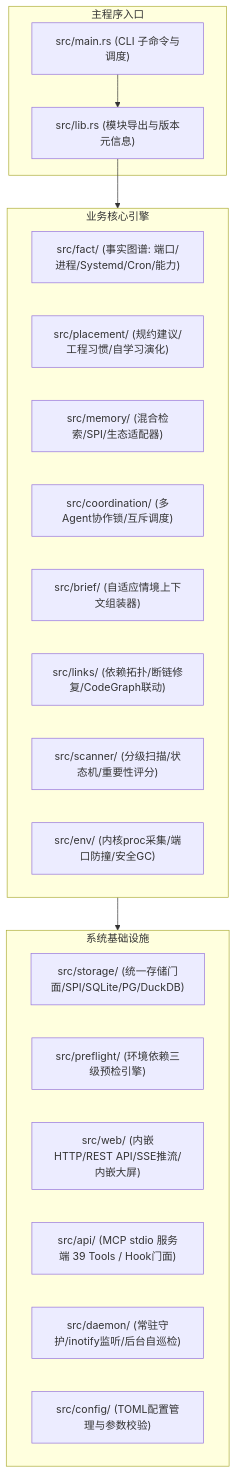
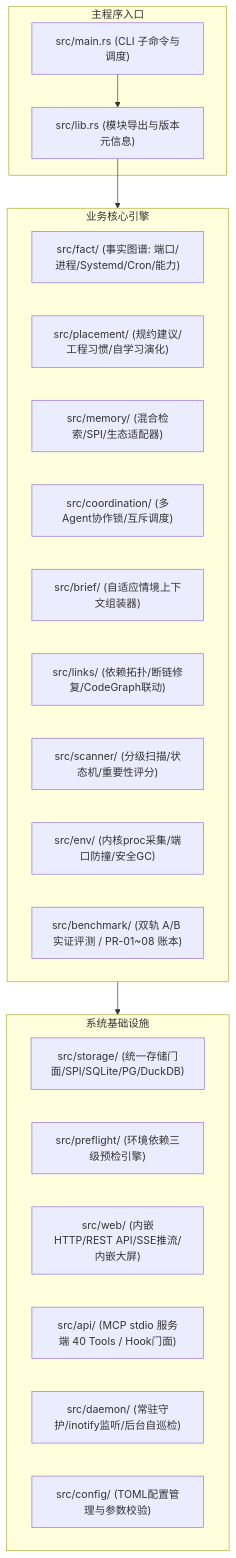
One commit to digoal/agent-body changed the first of 2 diagrams in arch/02-for-developers.md. Above: the diagram before and after it, drawn with Mermaid. The commit also changed other lines of this file and 25 other files, not shown here.

Commit message:
docs: align all manuals, arch, skills, releases and HTML decks to v0.4.0 (40 MCP tools, 27 CLI commands, benchmark ledger)

````diff
--- a/arch/02-for-developers.md
+++ b/arch/02-for-developers.md
@@ -12,31 +12,32 @@
 ```mermaid
 graph TD
     subgraph MainApp["主程序入口"]
         M["src/main.rs (CLI 子命令与调度)"]
         L["src/lib.rs (模块导出与版本元信息)"]
     end
 
     subgraph CoreEngines["业务核心引擎"]
         FACT["src/fact/ (事实图谱: 端口/进程/Systemd/Cron/能力)"]
         PLACE["src/placement/ (规约建议/工程习惯/自学习演化)"]
         MEM["src/memory/ (混合检索/SPI/生态适配器)"]
         COORD["src/coordination/ (多Agent协作锁/互斥调度)"]
         BRIEF["src/brief/ (自适应情境上下文组装器)"]
         LINKS["src/links/ (依赖拓扑/断链修复/CodeGraph联动)"]
         SCAN["src/scanner/ (分级扫描/状态机/重要性评分)"]
         ENV["src/env/ (内核proc采集/端口防撞/安全GC)"]
+        BENCH["src/benchmark/ (双轨 A/B 实证评测 / PR-01~08 账本)"]
     end
 
     subgraph Infrastructure["系统基础设施"]
         STORAGE["src/storage/ (统一存储门面/SPI/SQLite/PG/DuckDB)"]
         PRE["src/preflight/ (环境依赖三级预检引擎)"]
         WEB["src/web/ (内嵌HTTP/REST API/SSE推流/内嵌大屏)"]
-        MCP["src/api/ (MCP stdio 服务端 39 Tools / Hook门面)"]
+        MCP["src/api/ (MCP stdio 服务端 40 Tools / Hook门面)"]
         DAEMON["src/daemon/ (常驻守护/inotify监听/后台自巡检)"]
         CFG["src/config/ (TOML配置管理与参数校验)"]
     end
 
     M --> L
     L --> CoreEngines
     CoreEngines --> Infrastructure
 ```
````
